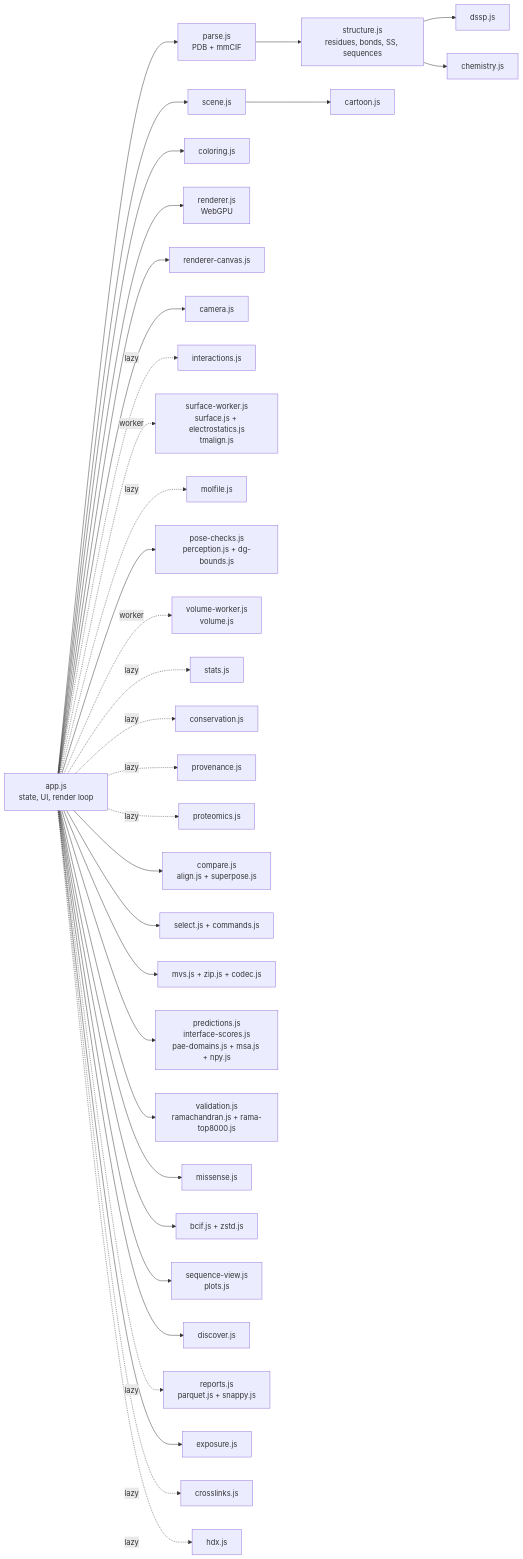
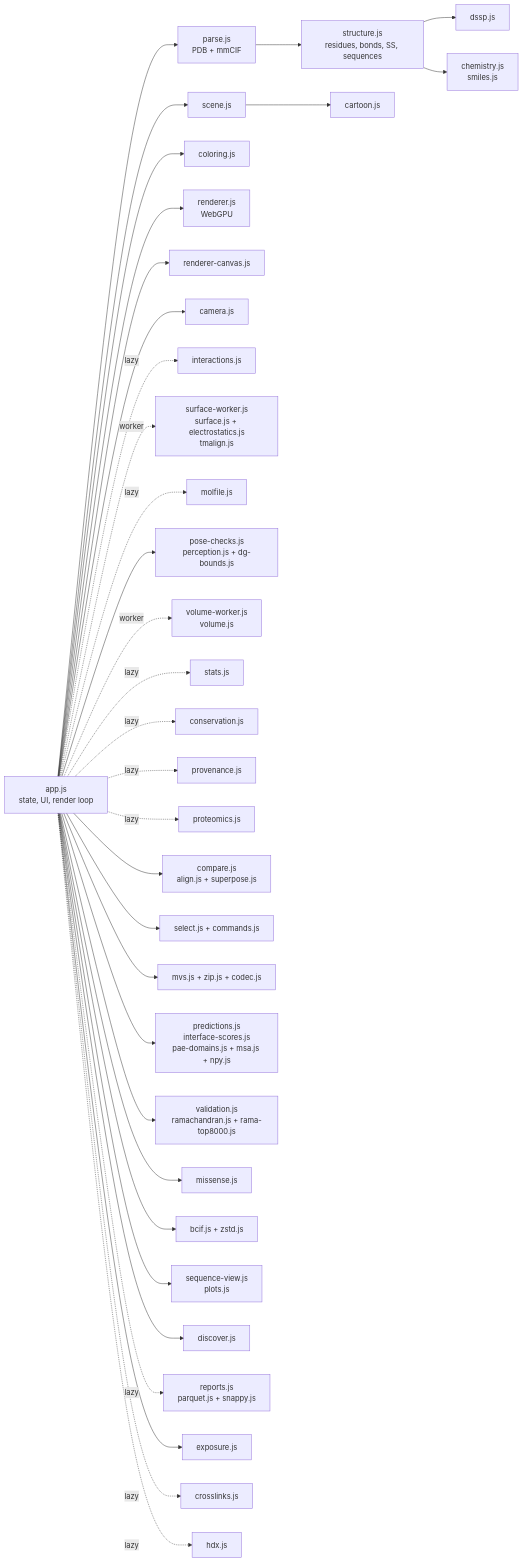
The second of 3 diagrams in proteoscope-spec/design.md (robert-mcdermott/proteoscope), drawn with Mermaid before and after one commit. The commit also changed other lines of this file and 65 other files, not shown here.

````diff
--- a/proteoscope-spec/design.md
+++ b/proteoscope-spec/design.md
@@ -64,66 +64,66 @@
 ```mermaid
 graph LR
     App[app.js<br/>state, UI, render loop]
     Parse[parse.js<br/>PDB + mmCIF]
     Structure[structure.js<br/>residues, bonds, SS, sequences]
     DSSP[dssp.js]
     Cartoon[cartoon.js]
     Scene[scene.js]
     Color[coloring.js]
     Renderer[renderer.js<br/>WebGPU]
     Canvas[renderer-canvas.js]
     Camera[camera.js]
     Interactions[interactions.js]
     Surface[surface-worker.js<br/>surface.js + electrostatics.js<br/>tmalign.js]
-    Chem[chemistry.js]
+    Chem[chemistry.js<br/>smiles.js]
     Molfile[molfile.js]
     Poses[pose-checks.js<br/>perception.js + dg-bounds.js]
     Maps[volume-worker.js<br/>volume.js]
     Stats[stats.js]
     Conserve[conservation.js]
     Cite[provenance.js]
     Proteomics[proteomics.js]
     Compare[compare.js<br/>align.js + superpose.js]
     Select[select.js + commands.js]
     Share[mvs.js + zip.js + codec.js]
     Predict[predictions.js<br/>interface-scores.js<br/>pae-domains.js + msa.js + npy.js]
     Validate[validation.js<br/>ramachandran.js + rama-top8000.js]
     Variants[missense.js]
     Formats[bcif.js + zstd.js]
     Views[sequence-view.js<br/>plots.js]
     Discover[discover.js]
     Reports[reports.js<br/>parquet.js + snappy.js]
     Context[exposure.js]
     XL[crosslinks.js]
     HDX[hdx.js]
 
     App --> Parse --> Structure --> DSSP
     Structure --> Chem
     App --> Scene --> Cartoon
     App --> Color
     App --> Renderer
     App --> Canvas
     App --> Camera
     App -. lazy .-> Interactions
     App -. worker .-> Surface
     App -. lazy .-> Proteomics
     App --> Compare
     App --> Select
     App --> Share
     App --> Predict
     App --> Validate
     App --> Variants
     App --> Formats
     App --> Views
     App --> Discover
     App --> Context
     App -. lazy .-> Reports
     App -. lazy .-> XL
     App -. lazy .-> HDX
     App -. lazy .-> Molfile
     App --> Poses
     App -. worker .-> Maps
     App -. lazy .-> Stats
     App -. lazy .-> Conserve
     App -. lazy .-> Cite
 ```
````
